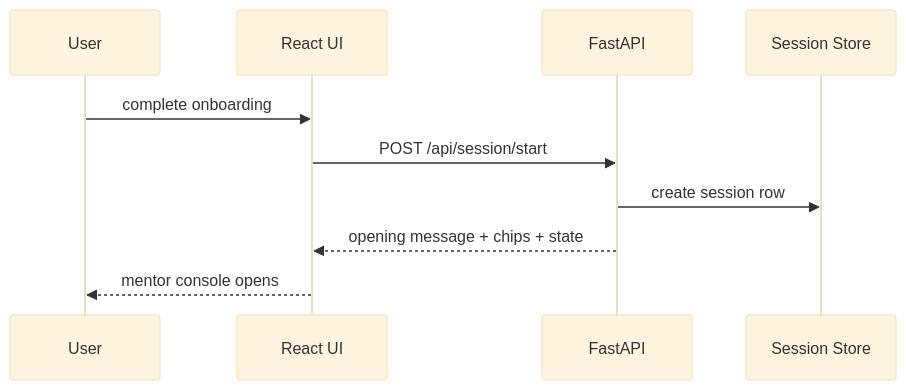
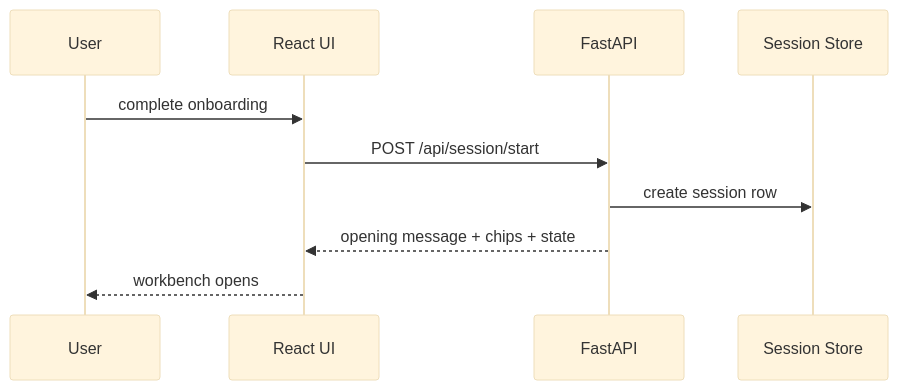
The third of 6 diagrams in docs/ARCHITECTURE.md (saimihirj/Sift), drawn with Mermaid (base theme) before and after one commit. The commit also changed other lines of this file and 3 other files, not shown here.

````diff
--- a/docs/ARCHITECTURE.md
+++ b/docs/ARCHITECTURE.md
@@ -108,13 +104,13 @@
 ```mermaid
 sequenceDiagram
     participant User
     participant UI as React UI
     participant API as FastAPI
     participant DB as Session Store
 
     User->>UI: complete onboarding
     UI->>API: POST /api/session/start
     API->>DB: create session row
     API-->>UI: opening message + chips + state
-    UI-->>User: mentor console opens
+    UI-->>User: workbench opens
 ```
````
